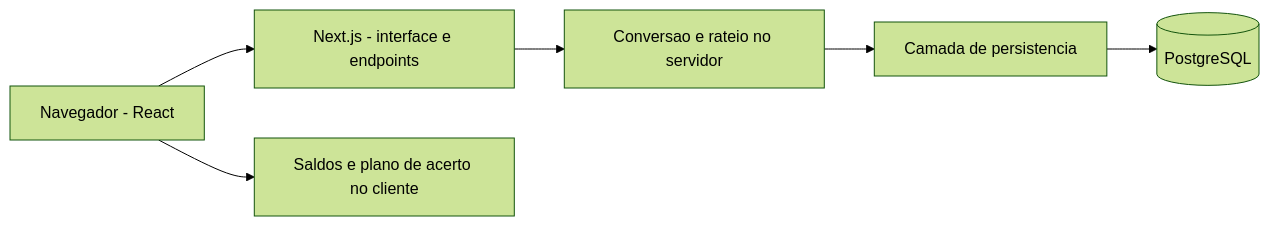
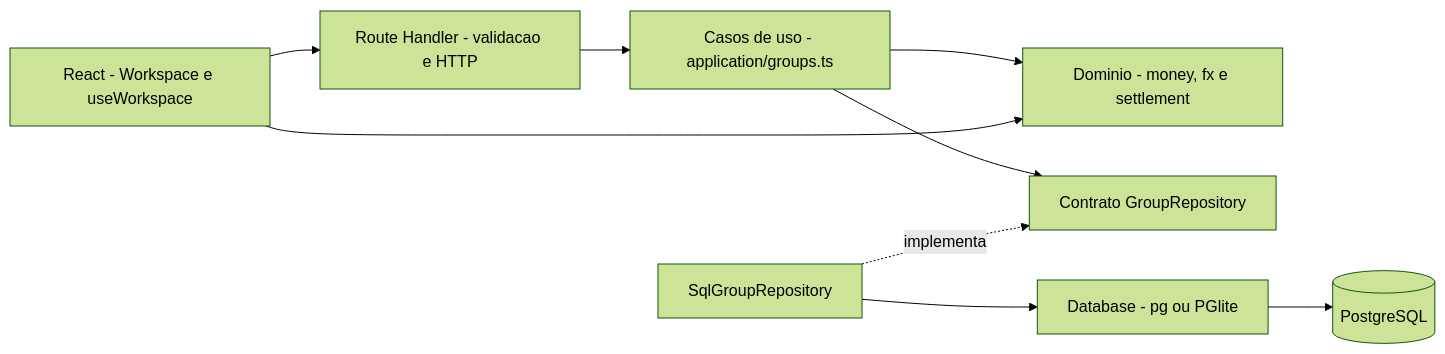
Before and after one commit to reisgabriel767-max/split-and-go: the diagram in README.md, drawn with Mermaid (forest theme). The commit also changed other lines of this file and 5 other files, not shown here.

Commit message:
docs: consolidate architecture and delivery validation

````diff
--- a/README.md
+++ b/README.md
@@ -15,8 +15,11 @@
 ```mermaid
 flowchart LR
-    Browser[Navegador - React] --> App[Next.js - interface e endpoints]
-    App --> Domain[Conversao e rateio no servidor]
-    Domain --> Data[Camada de persistencia]
-    Data --> DB[(PostgreSQL)]
-    Browser --> Settlement[Saldos e plano de acerto no cliente]
+    Browser[React - Workspace e useWorkspace] --> HTTP[Route Handler - validacao e HTTP]
+    HTTP --> Application[Casos de uso - application/groups.ts]
+    Application --> Domain[Dominio - money, fx e settlement]
+    Application --> Port[Contrato GroupRepository]
+    SQL[SqlGroupRepository] -. implementa .-> Port
+    SQL --> Adapter[Database - pg ou PGlite]
+    Adapter --> DB[(PostgreSQL)]
+    Browser --> Domain
 ```
````
